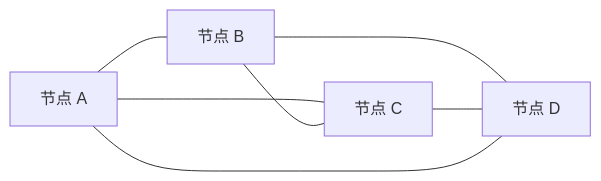
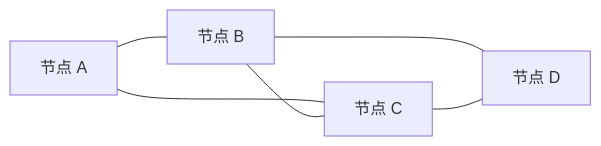
Before and after one commit to 74262195/system-architect-notes: the fifth of 5 diagrams in 01_综合知识/01_计算机系统基础知识/03_计算机网络/08_网络工程与组网/网络拓扑结构.md, drawn with Mermaid. The commit also changed other lines of this file and 8 other files, not shown here.

````diff
--- a/01_综合知识/01_计算机系统基础知识/03_计算机网络/08_网络工程与组网/网络拓扑结构.md
+++ b/01_综合知识/01_计算机系统基础知识/03_计算机网络/08_网络工程与组网/网络拓扑结构.md
@@ -97,9 +97,8 @@
 ```mermaid
 flowchart LR
-  A[节点 A] --- B[节点 B]
-  A --- C[节点 C]
-  B --- C
-  B --- D[节点 D]
-  C --- D
-  A --- D
+    A[节点 A] --- B[节点 B]
+    A --- C[节点 C]
+    B --- C
+    B --- D[节点 D]
+    C --- D
 ```
````
